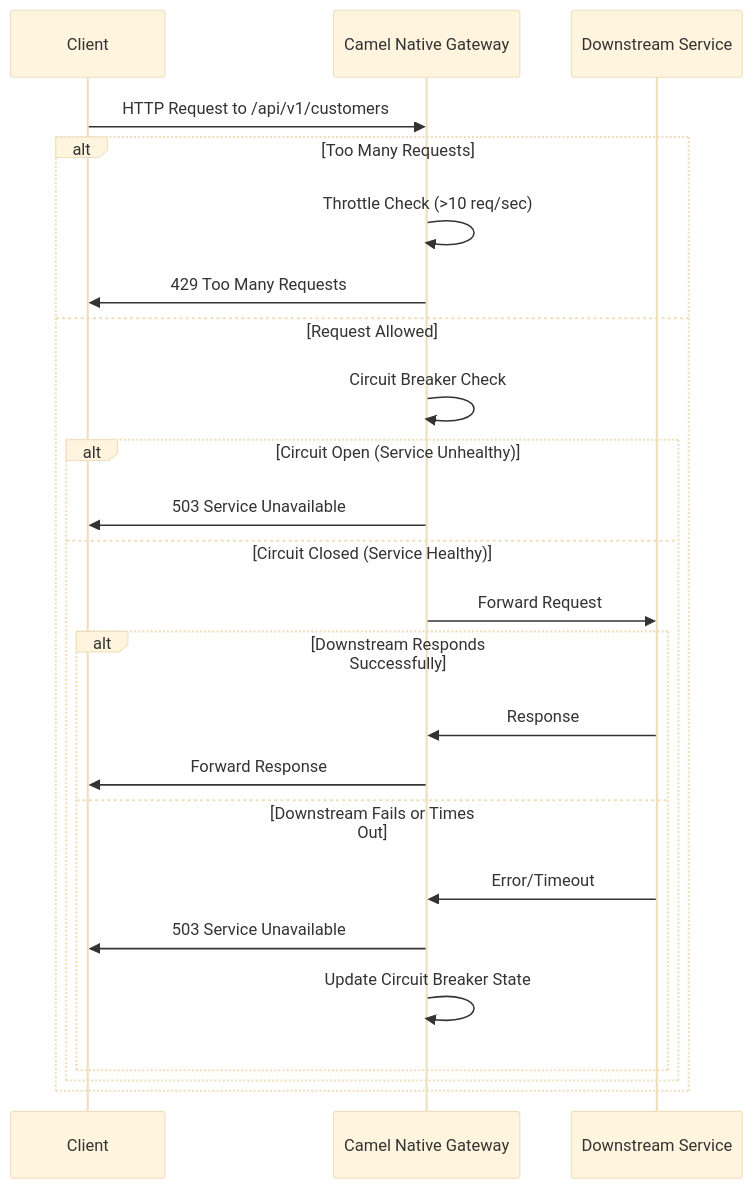
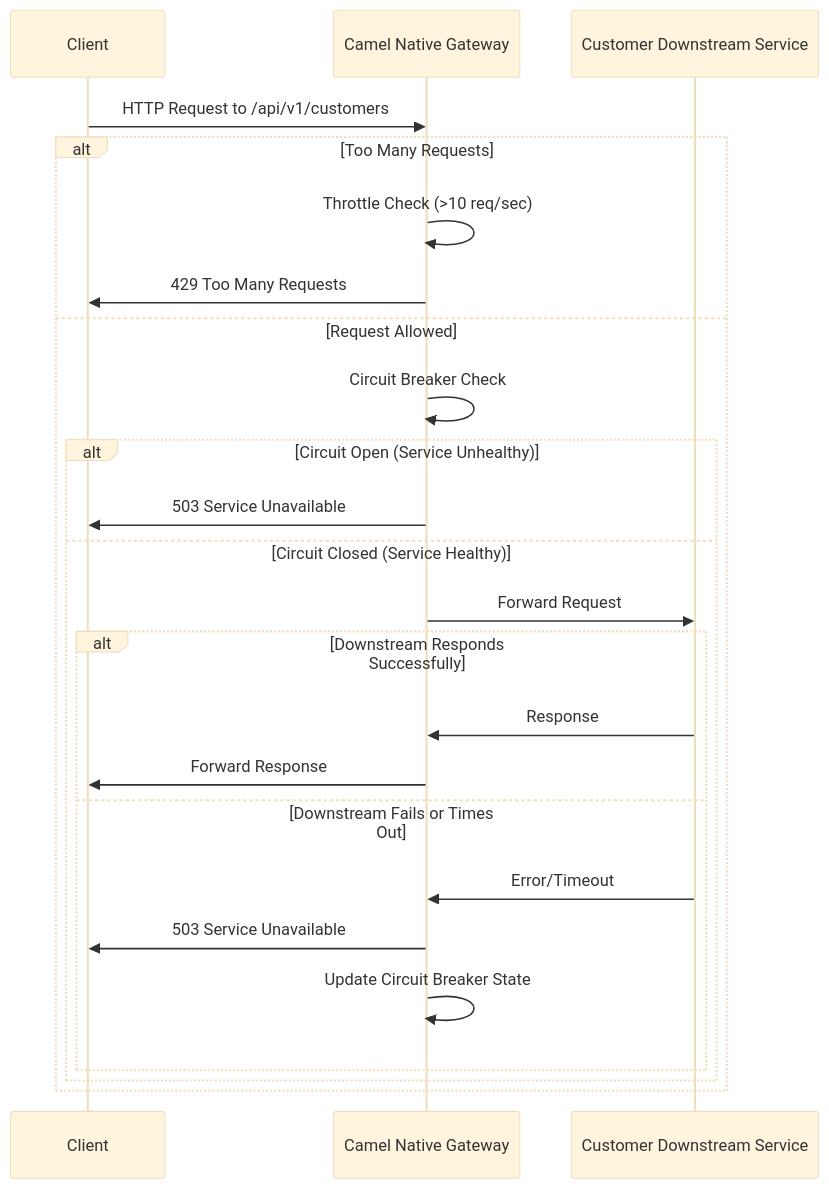
The second of 3 diagrams in readme.md (edwin/camel-native-gateway), drawn with Mermaid (base theme) before and after one commit. The commit also changed other lines of this file, not shown here.

Commit message:
update sequence diagram :fish: :turtle: :mouse:

````diff
--- a/readme.md
+++ b/readme.md
@@ -46,30 +56,30 @@
 ```mermaid
 sequenceDiagram
     participant Client
     participant Gateway as Camel Native Gateway
-    participant Downstream as Downstream Service
-    
+    participant Downstream as Customer Downstream Service
+
     Client->>Gateway: HTTP Request to /api/v1/customers
-    
+
     alt Too Many Requests
         Gateway->>Gateway: Throttle Check (>10 req/sec)
         Gateway->>Client: 429 Too Many Requests
     else Request Allowed
         Gateway->>Gateway: Circuit Breaker Check
-        
+
         alt Circuit Open (Service Unhealthy)
             Gateway->>Client: 503 Service Unavailable
         else Circuit Closed (Service Healthy)
             Gateway->>Downstream: Forward Request
-            
+
             alt Downstream Responds Successfully
                 Downstream->>Gateway: Response
                 Gateway->>Client: Forward Response
             else Downstream Fails or Times Out
                 Downstream->>Gateway: Error/Timeout
                 Gateway->>Client: 503 Service Unavailable
                 Gateway->>Gateway: Update Circuit Breaker State
             end
         end
     end
 ```
````
